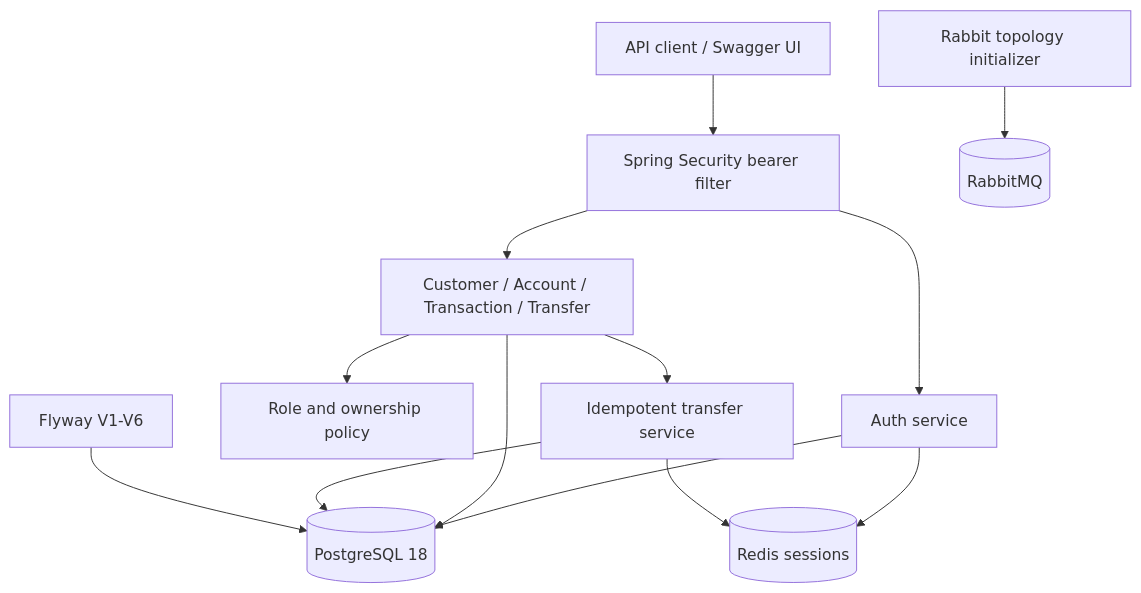
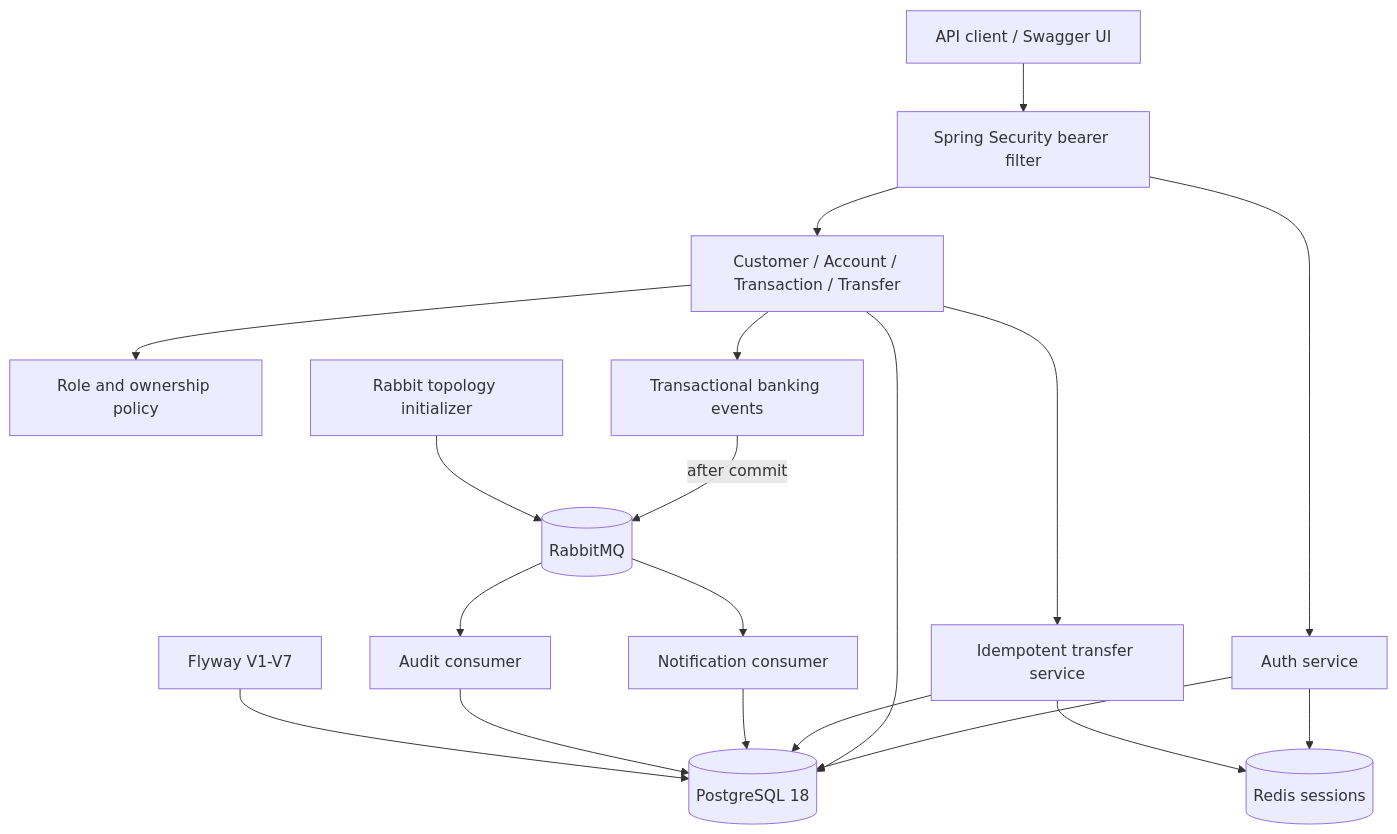
Before and after one commit to rizal15D/simulation-bank: the diagram in docs/architecture.md, drawn with Mermaid. The commit also changed other lines of this file and 8 other files, not shown here.

````diff
--- a/docs/architecture.md
+++ b/docs/architecture.md
@@ -5,15 +5,21 @@
 ```mermaid
 flowchart TD
     Client[API client / Swagger UI] --> Security[Spring Security bearer filter]
     Security --> Auth[Auth service]
     Security --> Banking[Customer / Account / Transaction / Transfer]
     Auth --> PG[(PostgreSQL 18)]
     Auth --> Redis[(Redis sessions)]
     Banking --> Policy[Role and ownership policy]
     Banking --> PG
     Banking --> Idem[Idempotent transfer service]
     Idem --> Redis
     Idem --> PG
+    Banking --> Events[Transactional banking events]
+    Events -->|after commit| Rabbit[(RabbitMQ)]
+    Rabbit --> Notify[Notification consumer]
+    Rabbit --> Audit[Audit consumer]
+    Notify --> PG
+    Audit --> PG
     RabbitConfig[Rabbit topology initializer] --> Rabbit[(RabbitMQ)]
-    Flyway[Flyway V1-V6] --> PG
+    Flyway[Flyway V1-V7] --> PG
 ```
````
